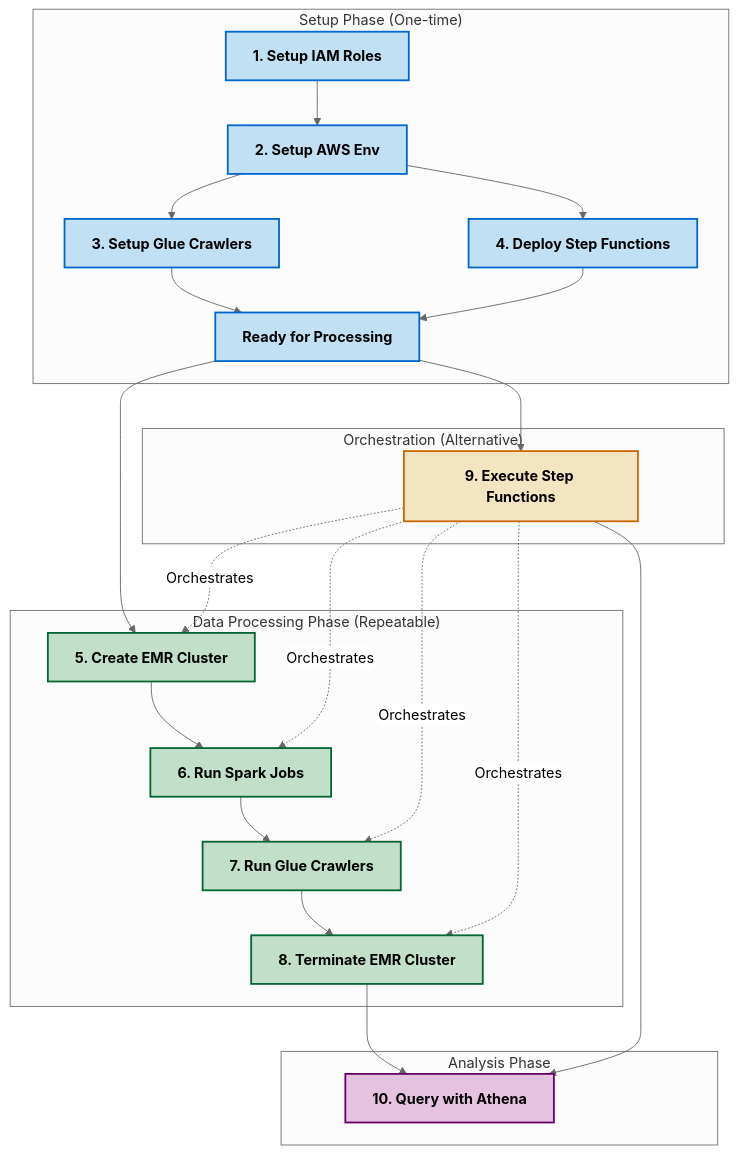
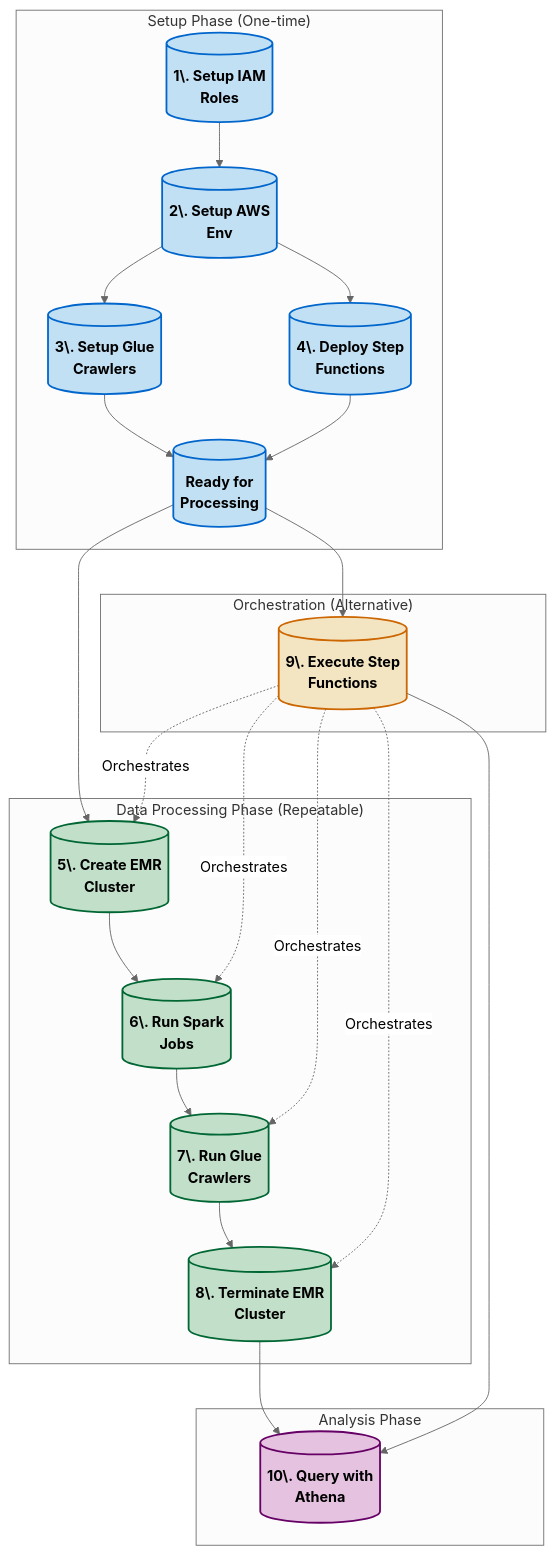
The diagram in docs/workflow.md (KPrince-coder/emr-big-data-processing), drawn with Mermaid (neutral theme) before and after one commit. The commit also changed other lines of this file, not shown here.

Commit message:
fix: correct Mermaid diagram syntax in workflow documentation
- Fix node syntax to properly display text content
- Remove numbered prefixes for better readability
- Simplify text formatting to prevent markdown parsing issues
- Maintain diagram structure and styling while improving clarity

````diff
--- a/docs/workflow.md
+++ b/docs/workflow.md
@@ -148,45 +148,45 @@
 ```mermaid
 graph TD
     %% Setup Phase
     subgraph "Setup Phase (One-time)"
-        A["1. Setup IAM Roles"] --> B["2. Setup AWS Env"]
-        B --> C["3. Setup Glue Crawlers"]
-        B --> D["4. Deploy Step Functions"]
-        C --> E["Ready for Processing"]
+        A[("1\. Setup IAM<br/>Roles")] --> B[("2\. Setup AWS<br/>Env")]
+        B --> C[("3\. Setup Glue<br/>Crawlers")]
+        B --> D[("4\. Deploy Step<br/>Functions")]
+        C --> E[("Ready for<br/>Processing")]
         D --> E
     end
 
     %% Data Processing Phase
     subgraph "Data Processing Phase (Repeatable)"
-        E --> F["5. Create EMR Cluster"]
-        F --> G["6. Run Spark Jobs"]
-        G --> H["7. Run Glue Crawlers"]
-        H --> I["8. Terminate EMR Cluster"]
+        E --> F[("5\. Create EMR<br/>Cluster")]
+        F --> G[("6\. Run Spark<br/>Jobs")]
+        G --> H[("7\. Run Glue<br/>Crawlers")]
+        H --> I[("8\. Terminate EMR<br/>Cluster")]
     end
 
     %% Orchestration Alternative
     subgraph "Orchestration (Alternative)"
-        E --> J["9. Execute Step Functions"]
+        E --> J[("9\. Execute Step<br/>Functions")]
         J -.-> |"Orchestrates"| F
         J -.-> |"Orchestrates"| G
         J -.-> |"Orchestrates"| H
         J -.-> |"Orchestrates"| I
     end
 
     %% Analysis Phase
     subgraph "Analysis Phase"
-        I --> K["10. Query with Athena"]
+        I --> K[("10\. Query with<br/>Athena")]
         J --> K
     end
 
     %% Styling with improved text visibility
     classDef setup fill:#c2e0f4,stroke:#0066cc,stroke-width:2px,color:#000000,font-weight:bold
     classDef processing fill:#c2e0c9,stroke:#006633,stroke-width:2px,color:#000000,font-weight:bold
     classDef orchestration fill:#f4e5c2,stroke:#cc6600,stroke-width:2px,color:#000000,font-weight:bold
     classDef analysis fill:#e5c2e0,stroke:#660066,stroke-width:2px,color:#000000,font-weight:bold
 
     class A,B,C,D,E setup
     class F,G,H,I processing
     class J orchestration
     class K analysis
 ```
````
